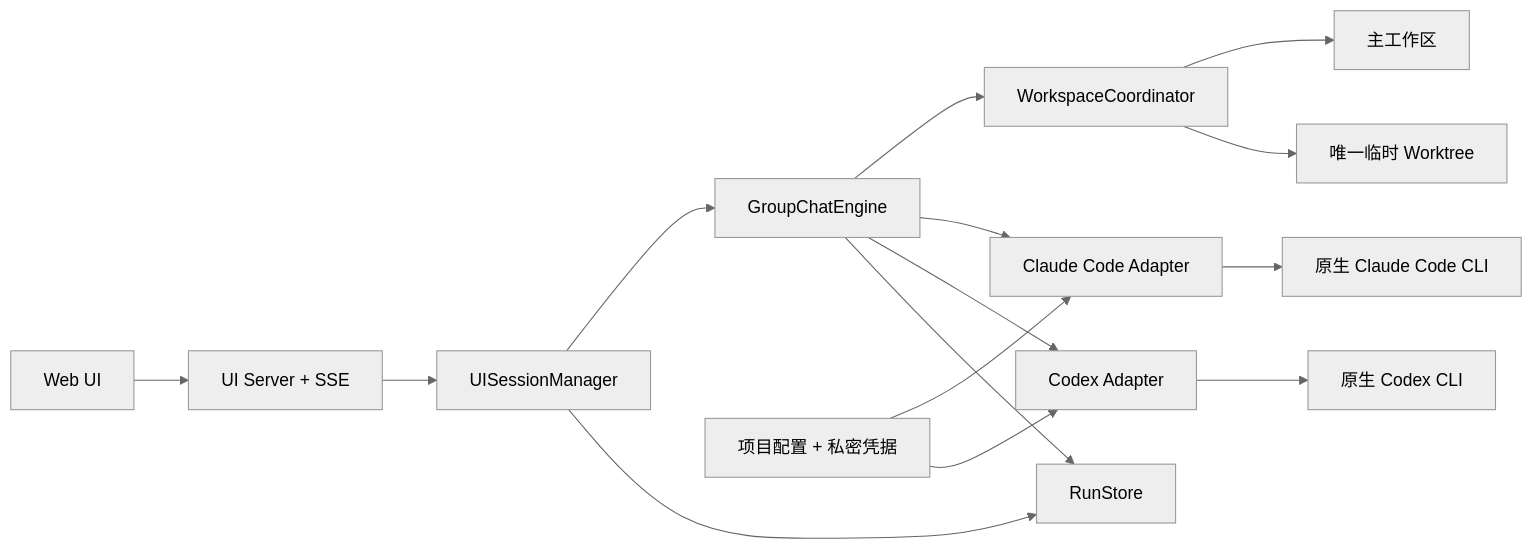
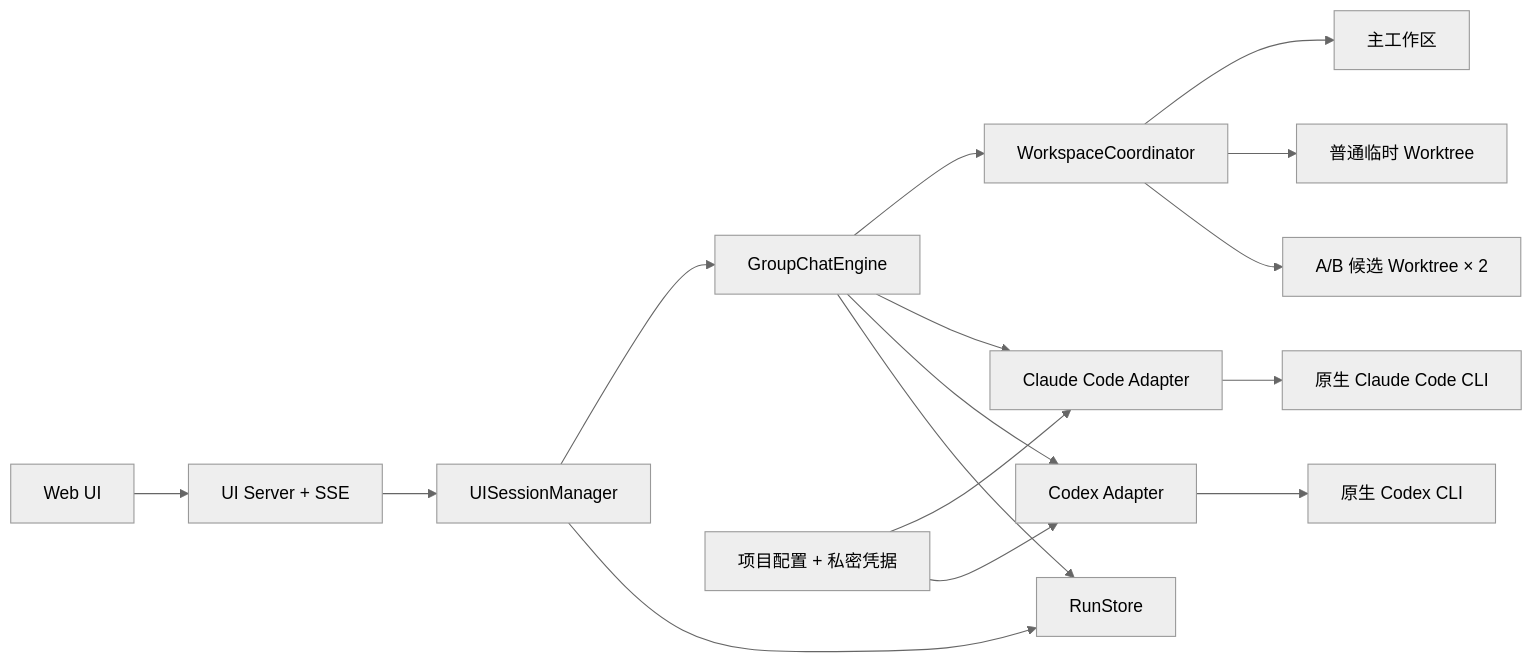
The second of 2 diagrams in README.md (nailding1123/mutiagent), drawn with Mermaid (neutral theme) before and after one commit. The commit also changed other lines of this file and 19 other files, not shown here.

````diff
--- a/README.md
+++ b/README.md
@@ -334,17 +374,18 @@
 ```mermaid
 flowchart LR
   Browser["Web UI"] --> HTTP["UI Server + SSE"]
   HTTP --> Session["UISessionManager"]
   Session --> Chat["GroupChatEngine"]
   Chat --> Coordinator["WorkspaceCoordinator"]
   Chat --> Claude["Claude Code Adapter"]
   Chat --> Codex["Codex Adapter"]
   Claude --> ClaudeCLI["原生 Claude Code CLI"]
   Codex --> CodexCLI["原生 Codex CLI"]
   Session --> Store["RunStore"]
   Chat --> Store
   Settings["项目配置 + 私密凭据"] --> Claude
   Settings --> Codex
   Coordinator --> Main["主工作区"]
-  Coordinator --> WT["唯一临时 Worktree"]
+  Coordinator --> WT["普通临时 Worktree"]
+  Coordinator --> AB["A/B 候选 Worktree × 2"]
 ```
````
